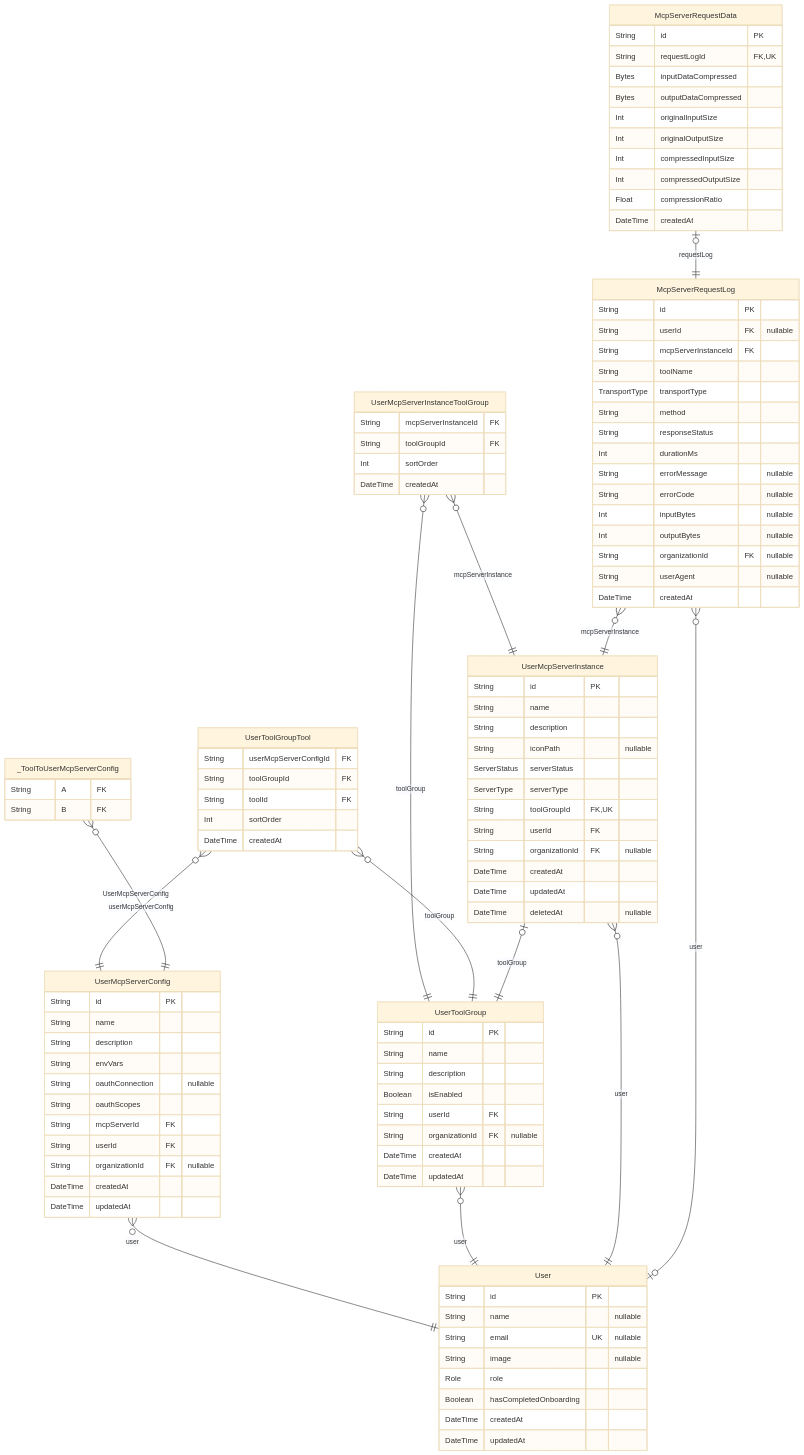
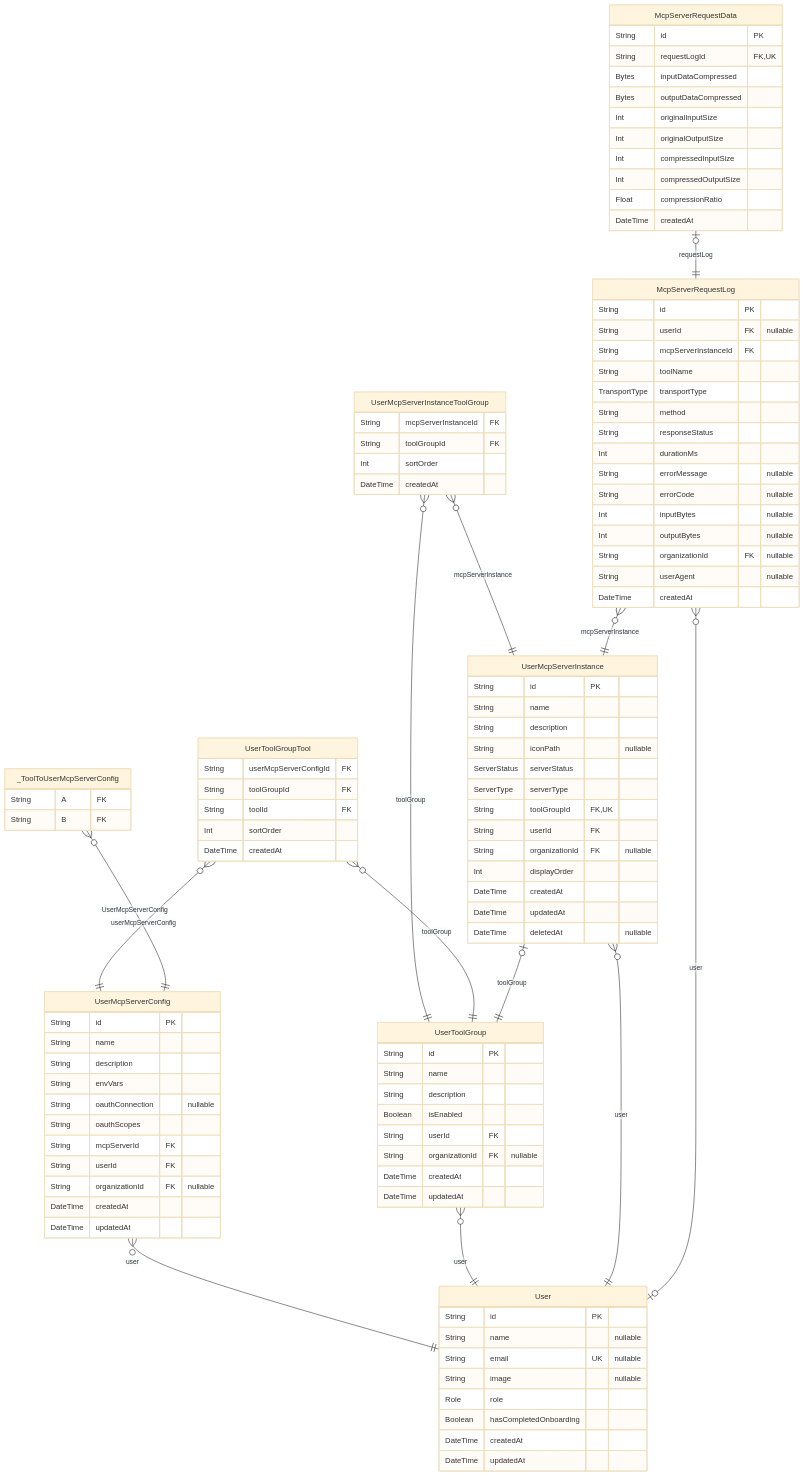
The fifth of 7 diagrams in packages/db/prisma/README.md (rayven122/tumiki), drawn with Mermaid (base theme) before and after one commit. The commit also changed other lines of this file and 4 other files, not shown here.

```diff
--- a/packages/db/prisma/README.md
+++ b/packages/db/prisma/README.md
@@ -661,6 +663,7 @@
   String toolGroupId FK,UK
   String userId FK
   String organizationId FK "nullable"
+  Int displayOrder
   DateTime createdAt
   DateTime updatedAt
   DateTime deletedAt "nullable"
```
